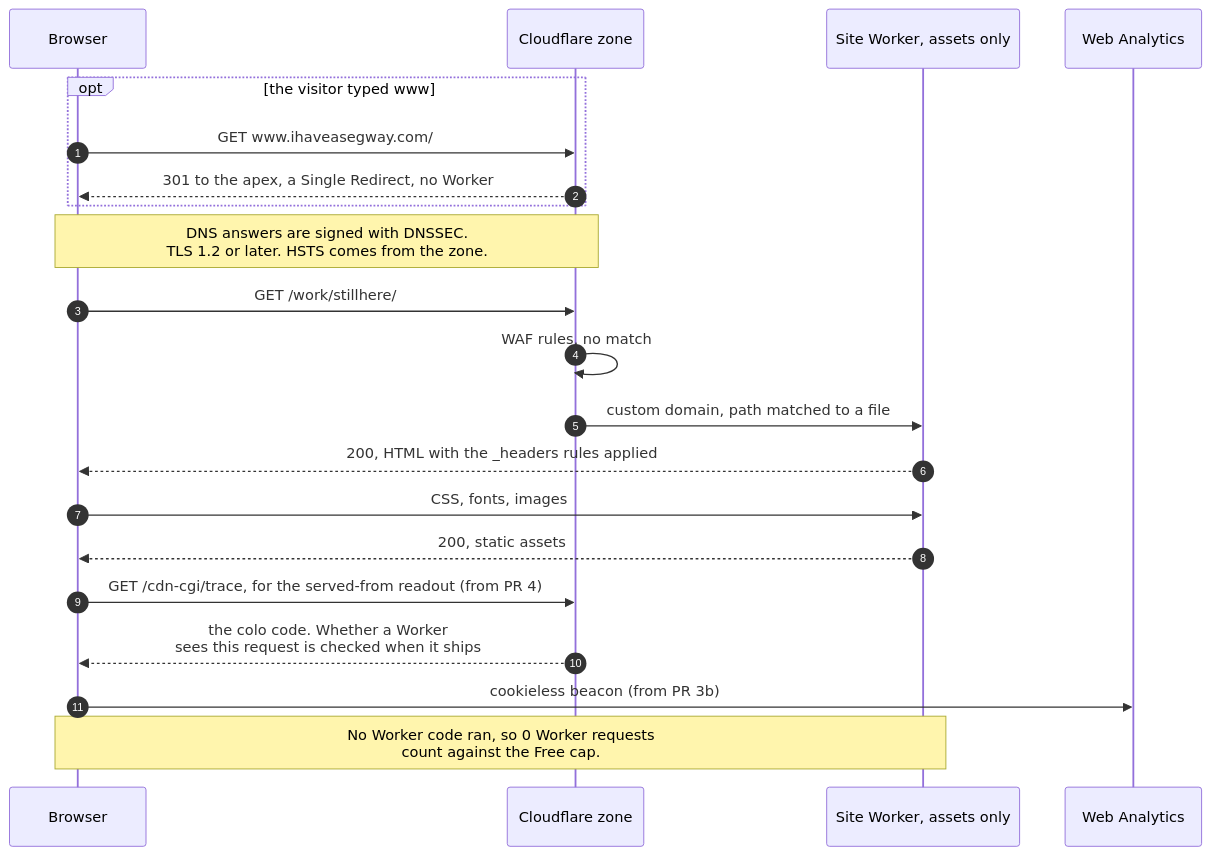
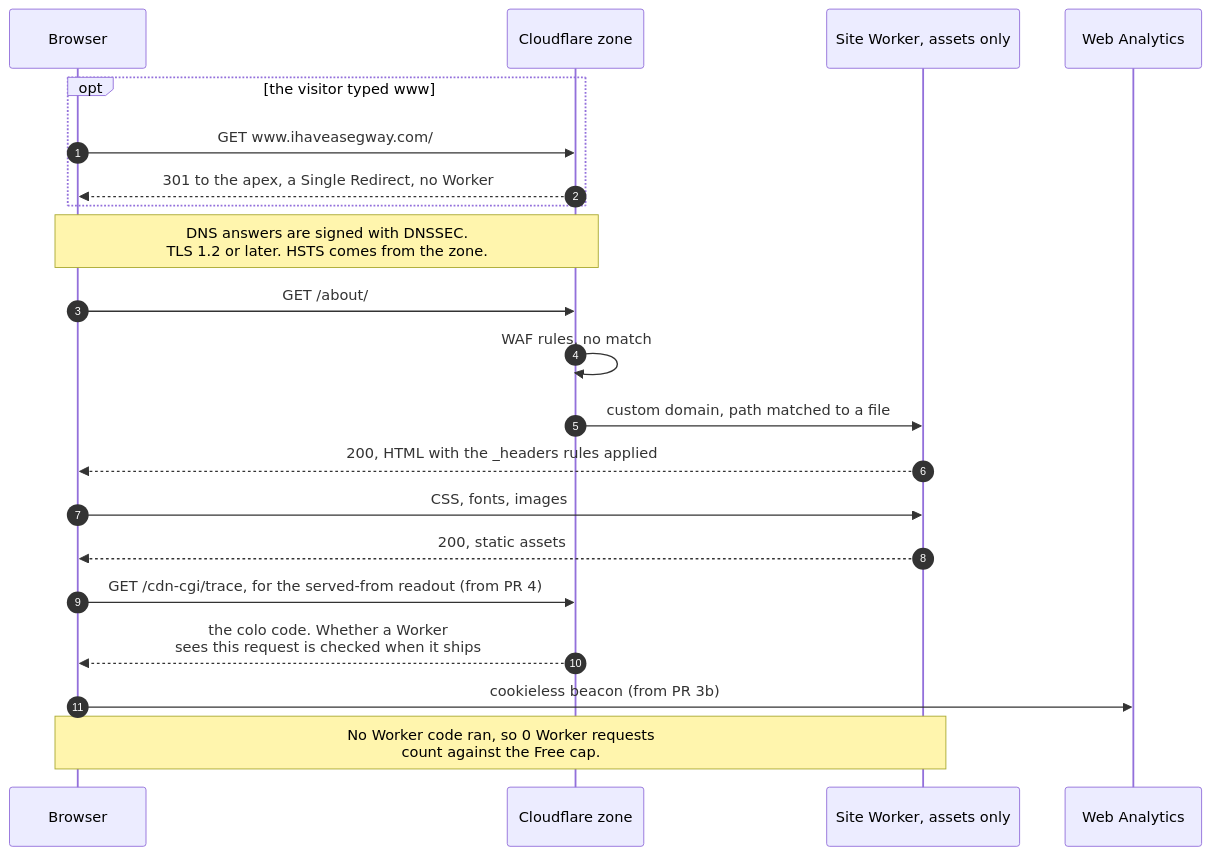
Before and after one commit to IHaveASegway/website: the third of 5 diagrams in docs/architecture.md, drawn with Mermaid. The commit also changed other lines of this file and 14 other files, not shown here.

````diff
--- a/docs/architecture.md
+++ b/docs/architecture.md
@@ -180,23 +180,23 @@
 ```mermaid
 sequenceDiagram
   autonumber
   participant B as Browser
   participant Z as Cloudflare zone
   participant S as Site Worker, assets only
   participant A as Web Analytics
   opt the visitor typed www
     B->>Z: GET www.ihaveasegway.com/
     Z-->>B: 301 to the apex, a Single Redirect, no Worker
   end
   Note over B,Z: DNS answers are signed with DNSSEC.<br/>TLS 1.2 or later. HSTS comes from the zone.
-  B->>Z: GET /work/stillhere/
+  B->>Z: GET /about/
   Z->>Z: WAF rules, no match
   Z->>S: custom domain, path matched to a file
   S-->>B: 200, HTML with the _headers rules applied
   B->>S: CSS, fonts, images
   S-->>B: 200, static assets
   B->>Z: GET /cdn-cgi/trace, for the served-from readout (from PR 4)
   Z-->>B: the colo code. Whether a Worker<br/>sees this request is checked when it ships
   B->>A: cookieless beacon (from PR 3b)
   Note over B,S: No Worker code ran, so 0 Worker requests<br/>count against the Free cap.
 ```
````
